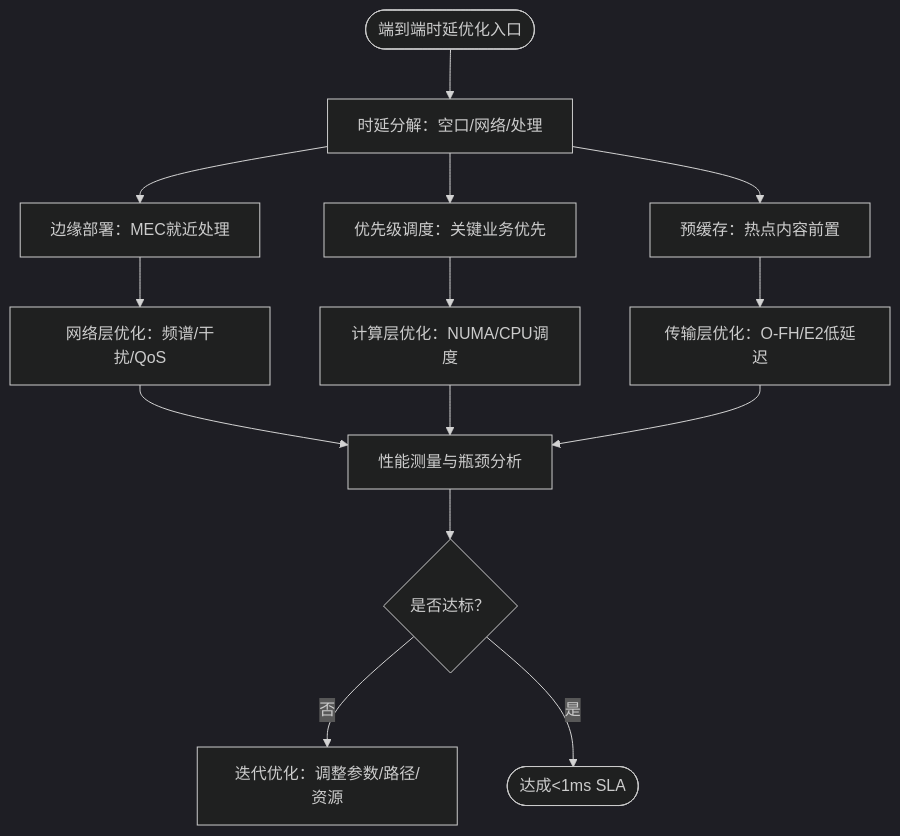
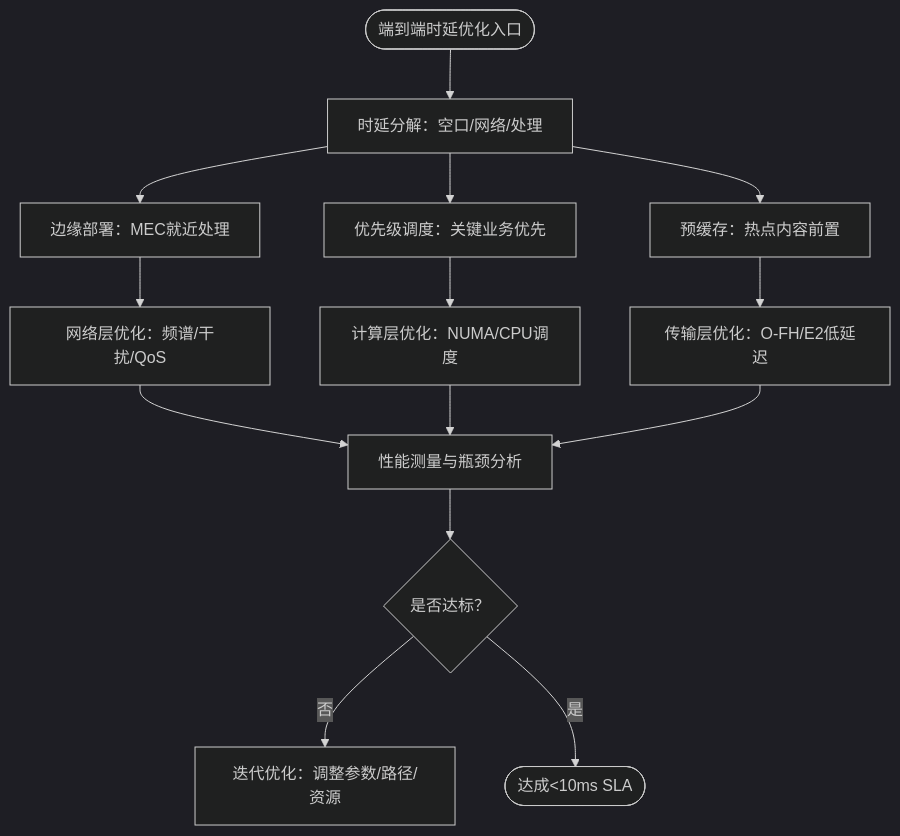
One commit to allengaller/oran-database changed the third of 4 diagrams in .qoder/repowiki/zh/content/应用场景/连接车辆应用.md. Above: the diagram before and after it, drawn with Mermaid (dark theme). The commit also changed other lines of this file and 32 other files, not shown here.

````diff
--- a/.qoder/repowiki/zh/content/应用场景/连接车辆应用.md
+++ b/.qoder/repowiki/zh/content/应用场景/连接车辆应用.md
@@ -179,16 +216,16 @@
 ```mermaid
 flowchart TD
 Start(["端到端时延优化入口"]) --> Decompose["时延分解：空口/网络/处理"]
 Decompose --> Edge["边缘部署：MEC就近处理"]
 Decompose --> Sched["优先级调度：关键业务优先"]
 Decompose --> Cache["预缓存：热点内容前置"]
 Edge --> NetOpt["网络层优化：频谱/干扰/QoS"]
 Sched --> CPOpt["计算层优化：NUMA/CPU调度"]
 Cache --> Transport["传输层优化：O-FH/E2低延迟"]
 NetOpt --> Measure["性能测量与瓶颈分析"]
 CPOpt --> Measure
 Transport --> Measure
 Measure --> Improve{"是否达标？"}
 Improve --> |否| Iterate["迭代优化：调整参数/路径/资源"]
-Improve --> |是| Done(["达成<1ms SLA"])
+Improve --> |是| Done(["达成<10ms SLA"])
 ```
````
